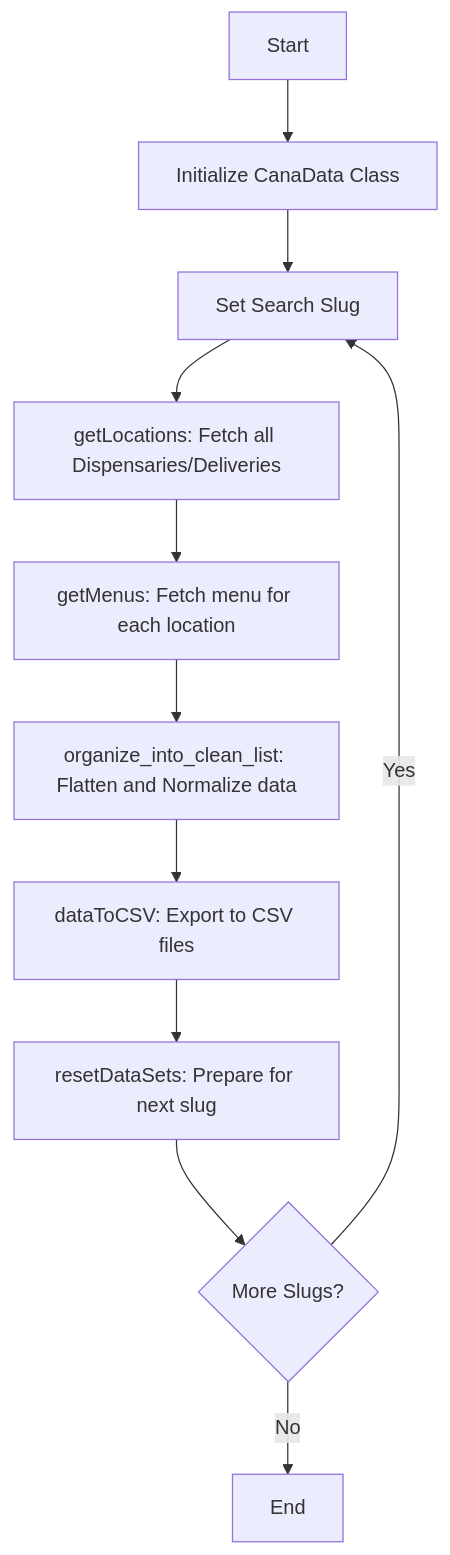
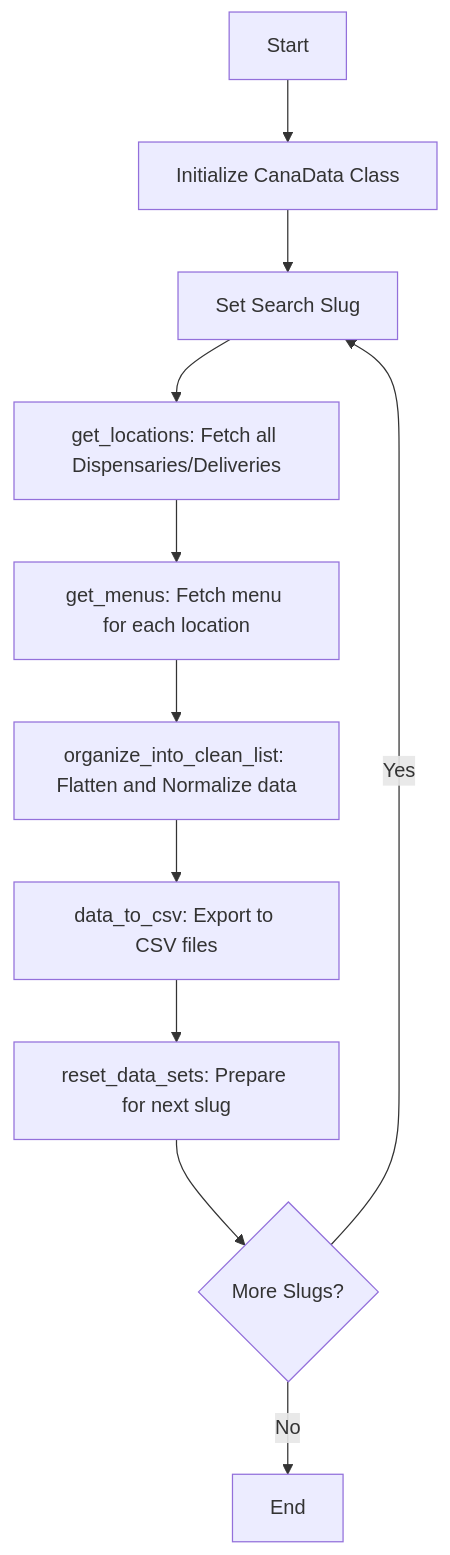
The diagram in DOCUMENTATION.md (xerohour/CanaData), drawn with Mermaid before and after one commit. The commit also changed other lines of this file and 7 other files, not shown here.

````diff
--- a/DOCUMENTATION.md
+++ b/DOCUMENTATION.md
@@ -11,13 +11,13 @@
 ```mermaid
 graph TD
     A[Start] --> B[Initialize CanaData Class]
     B --> C[Set Search Slug]
-    C --> D[getLocations: Fetch all Dispensaries/Deliveries]
-    D --> E[getMenus: Fetch menu for each location]
+    C --> D[get_locations: Fetch all Dispensaries/Deliveries]
+    D --> E[get_menus: Fetch menu for each location]
     E --> F[organize_into_clean_list: Flatten and Normalize data]
-    F --> G[dataToCSV: Export to CSV files]
-    G --> H[resetDataSets: Prepare for next slug]
+    F --> G[data_to_csv: Export to CSV files]
+    G --> H[reset_data_sets: Prepare for next slug]
     H --> I{More Slugs?}
     I -- Yes --> C
     I -- No --> J[End]
 ```
````
